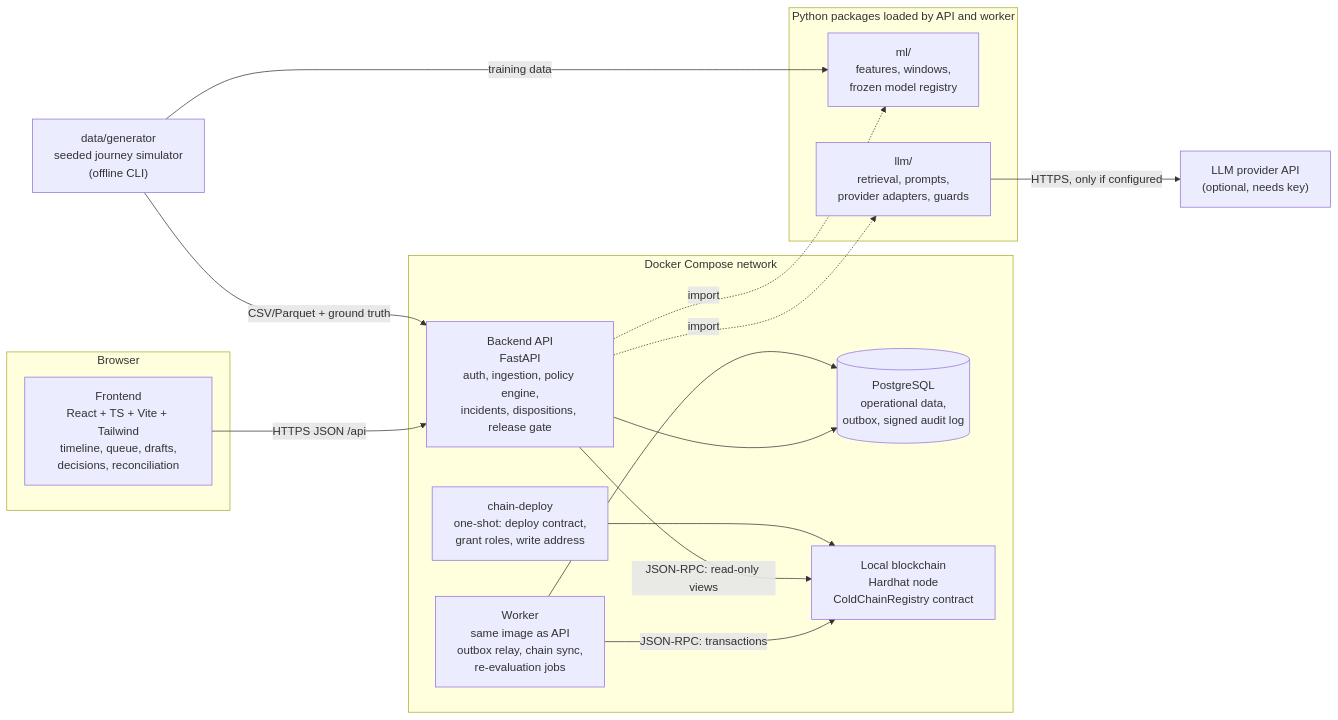
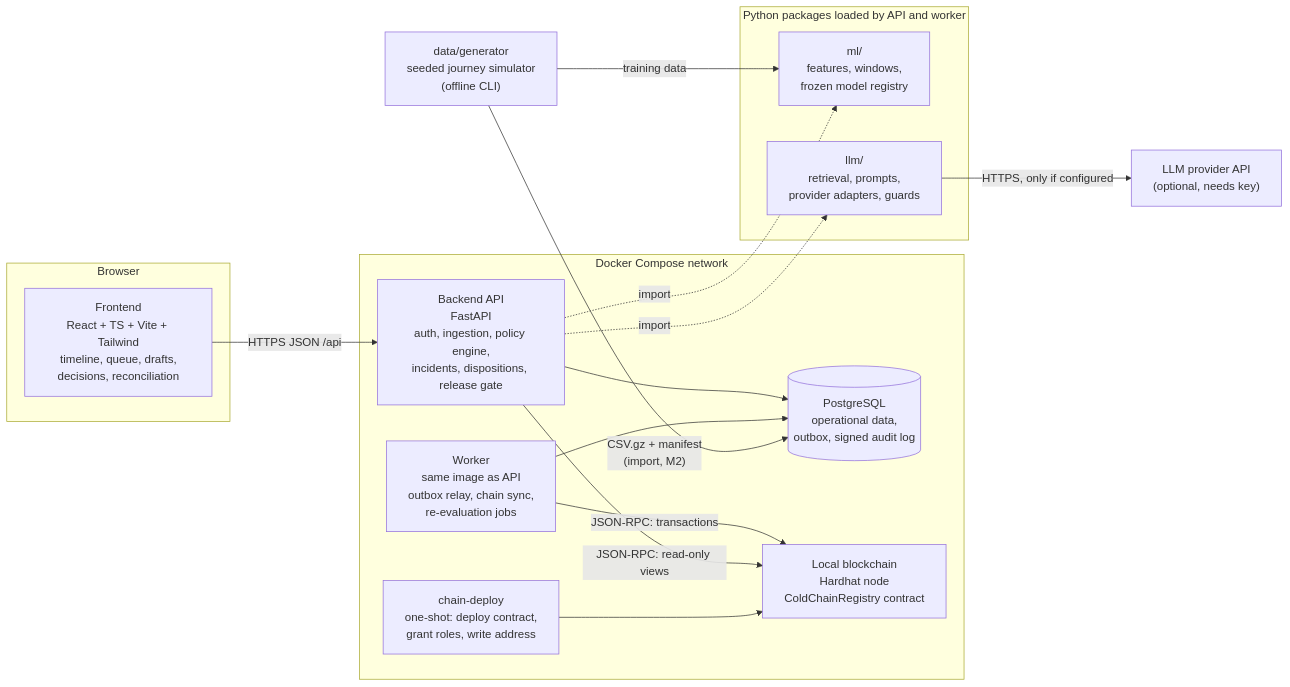
Before and after one commit to ntruonghuynh/ColdChain: the first of 7 diagrams in docs/architecture.md, drawn with Mermaid. The commit also changed other lines of this file and 23 other files, not shown here.

````diff
--- a/docs/architecture.md
+++ b/docs/architecture.md
@@ -28,34 +28,34 @@
 ```mermaid
 flowchart LR
     subgraph Client["Browser"]
         UI["Frontend<br/>React + TS + Vite + Tailwind<br/>timeline, queue, drafts,<br/>decisions, reconciliation"]
     end
 
     subgraph Compose["Docker Compose network"]
         API["Backend API<br/>FastAPI<br/>auth, ingestion, policy engine,<br/>incidents, dispositions, release gate"]
         WORKER["Worker<br/>same image as API<br/>outbox relay, chain sync,<br/>re-evaluation jobs"]
         DB[("PostgreSQL<br/>operational data,<br/>outbox, signed audit log")]
         CHAIN["Local blockchain<br/>Hardhat node<br/>ColdChainRegistry contract"]
         DEPLOY["chain-deploy<br/>one-shot: deploy contract,<br/>grant roles, write address"]
     end
 
     subgraph Libs["Python packages loaded by API and worker"]
         ML["ml/<br/>features, windows,<br/>frozen model registry"]
         LLM["llm/<br/>retrieval, prompts,<br/>provider adapters, guards"]
     end
 
     SIM["data/generator<br/>seeded journey simulator<br/>(offline CLI)"]
     EXT["LLM provider API<br/>(optional, needs key)"]
 
     UI -- "HTTPS JSON /api" --> API
     API --> DB
     WORKER --> DB
     API -. "import" .-> ML
     API -. "import" .-> LLM
     LLM -- "HTTPS, only if configured" --> EXT
     WORKER -- "JSON-RPC: transactions" --> CHAIN
     API -- "JSON-RPC: read-only views" --> CHAIN
     DEPLOY --> CHAIN
-    SIM -- "CSV/Parquet + ground truth" --> API
+    SIM -- "CSV.gz + manifest<br/>(import, M2)" --> DB
     SIM -- "training data" --> ML
 ```
````
